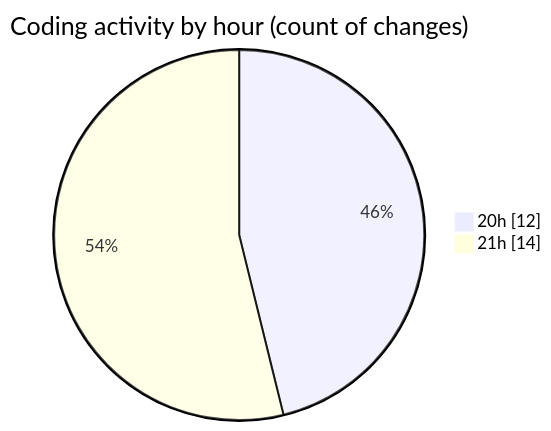
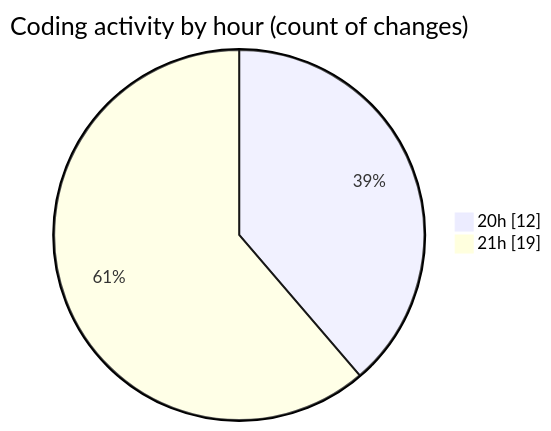
Before and after one commit to Netris89/code-tracking: the second of 2 diagrams in 2025-04-24/echo/README.md, drawn with Mermaid. The commit also changed other lines of this file and 1 other file, not shown here.

````diff
--- a/2025-04-24/echo/README.md
+++ b/2025-04-24/echo/README.md
@@ -28,6 +28,6 @@
 ```mermaid
 pie showData
 title Coding activity by hour (count of changes)
 "20h" : 12
-"21h" : 14
+"21h" : 19
 ```
````
